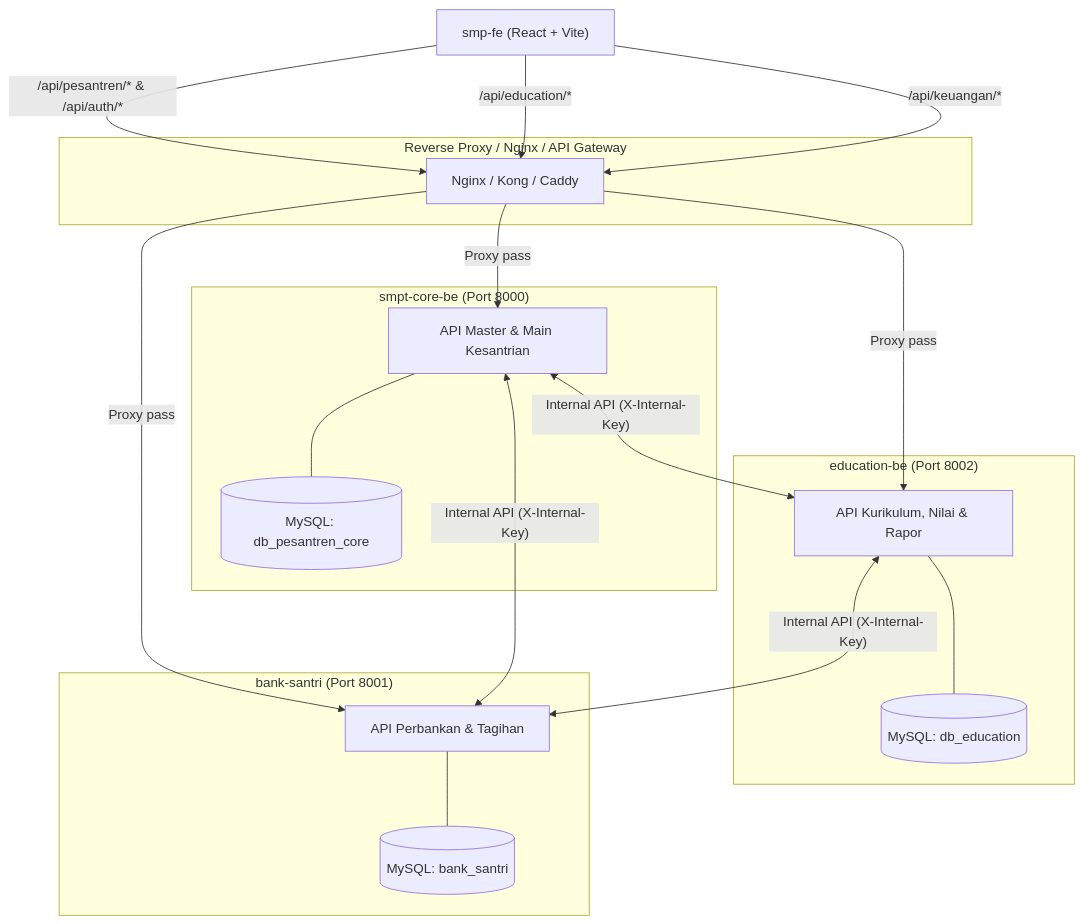
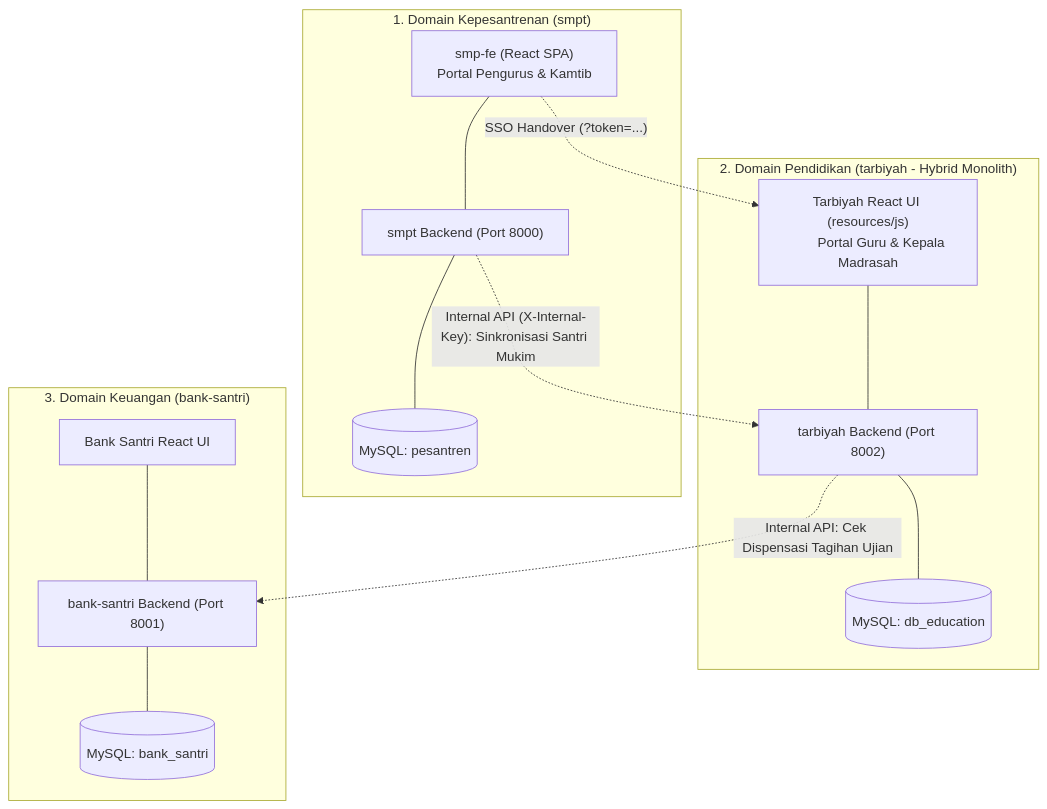
The diagram in docs/PROPOSAL_REFACTORING_PEMISAHAN_LAYANAN.md (barengs/smpt), drawn with Mermaid before and after one commit. The commit also changed other lines of this file, not shown here.

Commit message:
docs: perbarui proposal refaktorisasi dengan arsitektur hybrid monolith tarbiyah

````diff
--- a/docs/PROPOSAL_REFACTORING_PEMISAHAN_LAYANAN.md
+++ b/docs/PROPOSAL_REFACTORING_PEMISAHAN_LAYANAN.md
@@ -131,38 +63,29 @@
 ```mermaid
-graph TD
-    Client["smp-fe (React + Vite)"]
-
-    subgraph Gateway["Reverse Proxy / Nginx / API Gateway"]
-        Nginx["Nginx / Kong / Caddy"]
+flowchart TB
+    subgraph PesantrenDomain["1. Domain Kepesantrenan (smpt)"]
+        SMPT_UI["smp-fe (React SPA)
+        Portal Pengurus & Kamtib"]
+        SMPT_BE["smpt Backend (Port 8000)"]
+        SMPT_DB[("MySQL: pesantren")]
+        SMPT_UI --- SMPT_BE --- SMPT_DB
     end
 
-    subgraph ServicePesantren["smpt-core-be (Port 8000)"]
-        CoreAPI["API Master & Main Kesantrian"]
-        CoreDB[("MySQL: db_pesantren_core")]
-        CoreAPI --- CoreDB
+    subgraph EducationDomain["2. Domain Pendidikan (tarbiyah - Hybrid Monolith)"]
+        TAR_UI["Tarbiyah React UI (resources/js)
+        Portal Guru & Kepala Madrasah"]
+        TAR_BE["tarbiyah Backend (Port 8002)"]
+        TAR_DB[("MySQL: db_education")]
+        TAR_UI --- TAR_BE --- TAR_DB
     end
 
-    subgraph ServiceEducation["education-be (Port 8002)"]
-        EduAPI["API Kurikulum, Nilai & Rapor"]
-        EduDB[("MySQL: db_education")]
-        EduAPI --- EduDB
+    subgraph BankingDomain["3. Domain Keuangan (bank-santri)"]
+        BANK_UI["Bank Santri React UI"]
+        BANK_BE["bank-santri Backend (Port 8001)"]
+        BANK_DB[("MySQL: bank_santri")]
+        BANK_UI --- BANK_BE --- BANK_DB
     end
 
-    subgraph ServiceBank["bank-santri (Port 8001)"]
-        BankAPI["API Perbankan & Tagihan"]
-        BankDB[("MySQL: bank_santri")]
-        BankAPI --- BankDB
-    end
-
-    Client -->|/api/pesantren/* & /api/auth/*| Nginx
-    Client -->|/api/education/*| Nginx
-    Client -->|/api/keuangan/*| Nginx
-
-    Nginx -->|Proxy pass| CoreAPI
-    Nginx -->|Proxy pass| EduAPI
-    Nginx -->|Proxy pass| BankAPI
-
-    CoreAPI <-->|"Internal API (X-Internal-Key)"| EduAPI
-    CoreAPI <-->|"Internal API (X-Internal-Key)"| BankAPI
-    EduAPI <-->|"Internal API (X-Internal-Key)"| BankAPI
+    SMPT_BE -.->|"Internal API (X-Internal-Key): Sinkronisasi Santri Mukim"| TAR_BE
+    SMPT_UI -.->|"SSO Handover (?token=...)"| TAR_UI
+    TAR_BE -.->|"Internal API: Cek Dispensasi Tagihan Ujian"| BANK_BE
 ```
````
